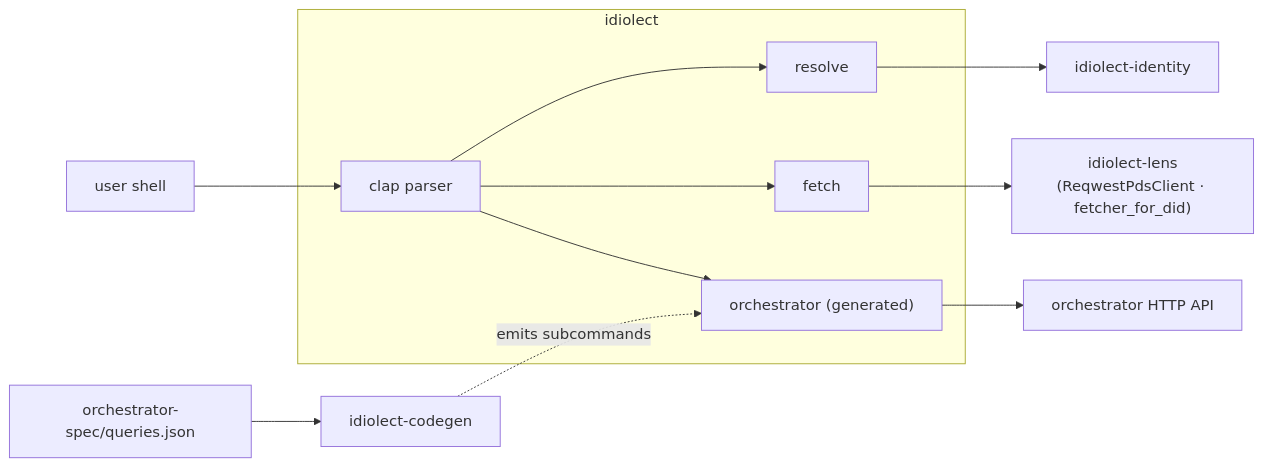
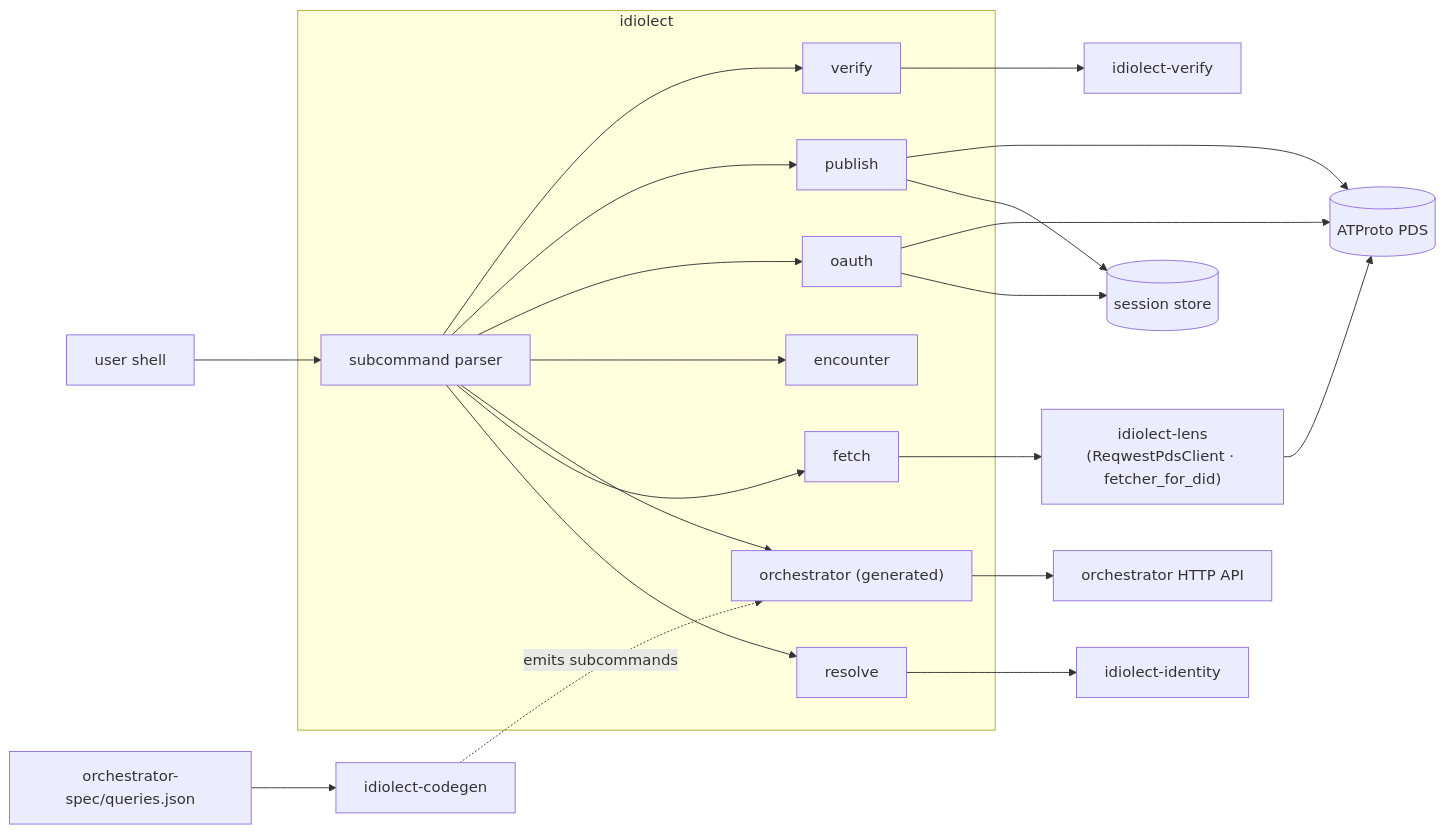
Before and after one commit to idiolect-dev/idiolect: the diagram in crates/idiolect-cli/README.md, drawn with Mermaid. The commit also changed other lines of this file and 16 other files, not shown here.

````diff
--- a/crates/idiolect-cli/README.md
+++ b/crates/idiolect-cli/README.md
@@ -17,22 +15,35 @@
 ```mermaid
 flowchart LR
     USER["user shell"]
     subgraph cli["idiolect"]
-        CLAP["clap parser"]
+        PARSER["subcommand parser"]
         RES["resolve"]
         FET["fetch"]
         ORCSUB["orchestrator (generated)"]
+        ENC["encounter"]
+        AUTH["oauth"]
+        PUB["publish"]
+        VER["verify"]
     end
     OSPEC["orchestrator-spec/queries.json"]
     CG["idiolect-codegen"]
 
     ID["idiolect-identity"]
     LENSP["idiolect-lens<br/>(ReqwestPdsClient · fetcher_for_did)"]
+    STORE[("session store")]
+    PDS[("ATProto PDS")]
+    VERIFY["idiolect-verify"]
     ORCHTTP["orchestrator HTTP API"]
 
-    USER --> CLAP
-    CLAP --> RES --> ID
-    CLAP --> FET --> LENSP
-    CLAP --> ORCSUB --> ORCHTTP
+    USER --> PARSER
+    PARSER --> RES --> ID
+    PARSER --> FET --> LENSP --> PDS
+    PARSER --> ORCSUB --> ORCHTTP
+    PARSER --> ENC
+    PARSER --> AUTH --> STORE
+    AUTH --> PDS
+    PARSER --> PUB --> STORE
+    PUB --> PDS
+    PARSER --> VER --> VERIFY
     OSPEC --> CG -.emits subcommands.-> ORCSUB
 ```
````
